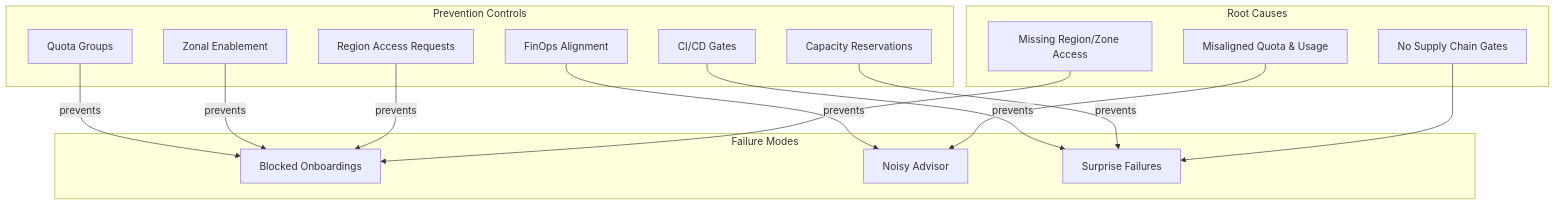
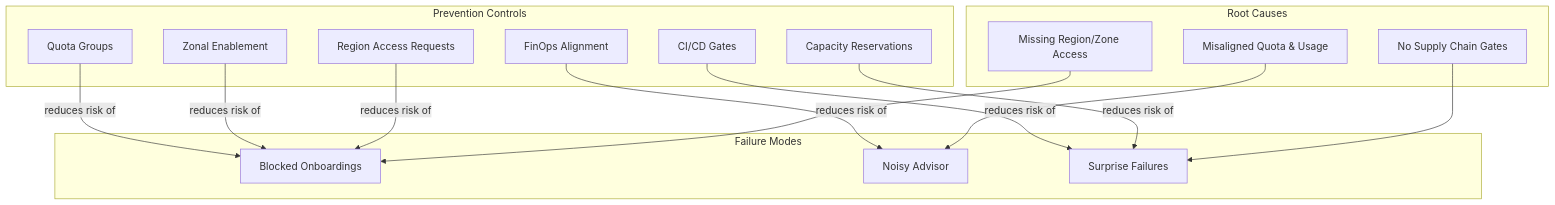
Before and after one commit to msbrettorg/azcapman: the diagram in training/modules/module-10-what-fails-without-a-supply-chain-view.md, drawn with Mermaid. The commit also changed other lines of this file and 31 other files, not shown here.

````diff
--- a/training/modules/module-10-what-fails-without-a-supply-chain-view.md
+++ b/training/modules/module-10-what-fails-without-a-supply-chain-view.md
@@ -50,34 +58,34 @@
 ```mermaid
 graph TD
     subgraph "Failure Modes"
         blocked[Blocked Onboardings]
         noisy[Noisy Advisor]
         surprise[Surprise Failures]
     end
 
     subgraph "Root Causes"
         no_access[Missing Region/Zone Access]
         misaligned[Misaligned Quota & Usage]
         no_gates[No Supply Chain Gates]
     end
 
     subgraph "Prevention Controls"
         region[Region Access Requests]
         zonal[Zonal Enablement]
         qg[Quota Groups]
         finops[FinOps Alignment]
         crg[Capacity Reservations]
         cicd[CI/CD Gates]
     end
 
     no_access --> blocked
     misaligned --> noisy
     no_gates --> surprise
 
-    region -->|"prevents"| blocked
-    zonal -->|"prevents"| blocked
-    qg -->|"prevents"| blocked
-    finops -->|"prevents"| noisy
-    crg -->|"prevents"| surprise
-    cicd -->|"prevents"| surprise
+    region -->|"reduces risk of"| blocked
+    zonal -->|"reduces risk of"| blocked
+    qg -->|"reduces risk of"| blocked
+    finops -->|"reduces risk of"| noisy
+    crg -->|"reduces risk of"| surprise
+    cicd -->|"reduces risk of"| surprise
 ```
````
